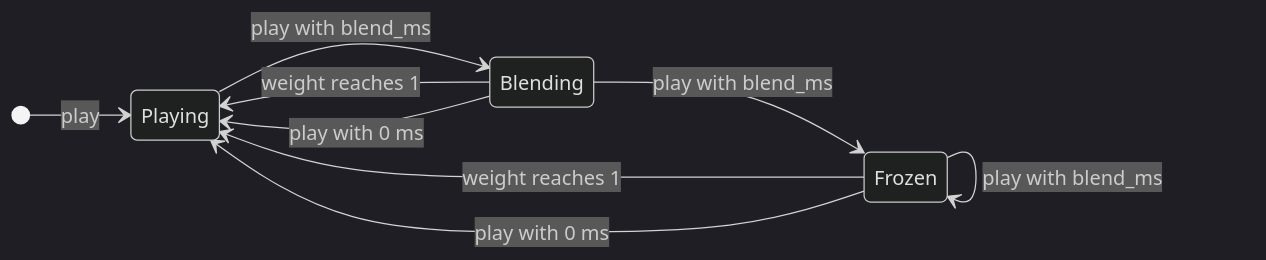
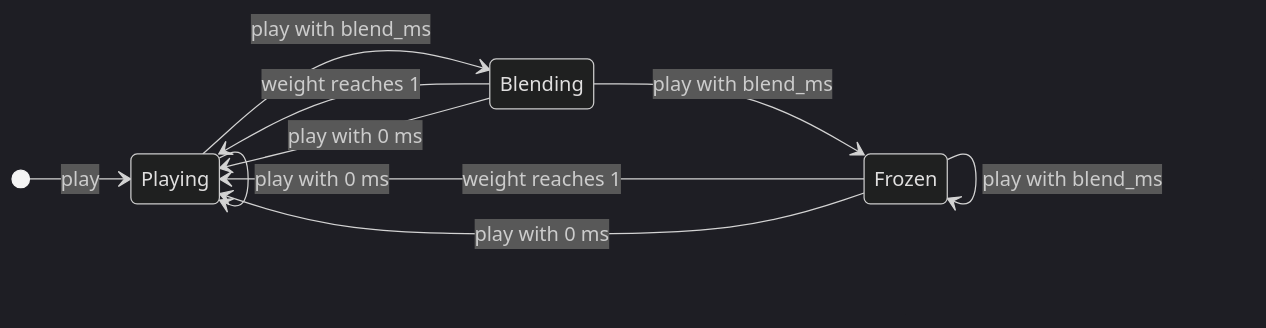
One commit to jose-villegas/autana changed the fifth of 5 diagrams in docs/Animation-Tracks.md. Above: the diagram before and after it, drawn with Mermaid (dark theme). The commit also changed other lines of this file and 15 other files, not shown here.

````diff
--- a/docs/Animation-Tracks.md
+++ b/docs/Animation-Tracks.md
@@ -381,12 +383,13 @@
 ```mermaid
 stateDiagram-v2
     direction LR
     [*] --> Playing: play
+    Playing --> Playing: play with 0 ms
     Playing --> Blending: play with blend_ms
     Blending --> Playing: weight reaches 1
     Blending --> Frozen: play with blend_ms
     Frozen --> Frozen: play with blend_ms
     Frozen --> Playing: weight reaches 1
     Blending --> Playing: play with 0 ms
     Frozen --> Playing: play with 0 ms
 ```
````
